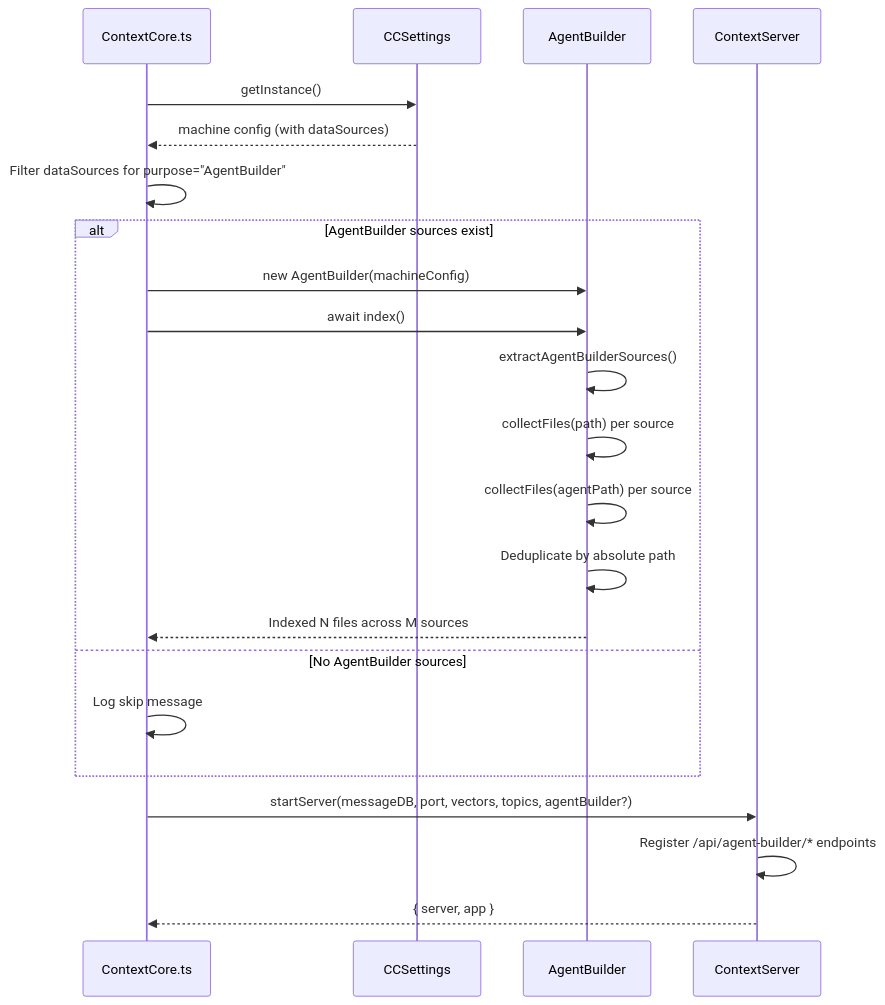
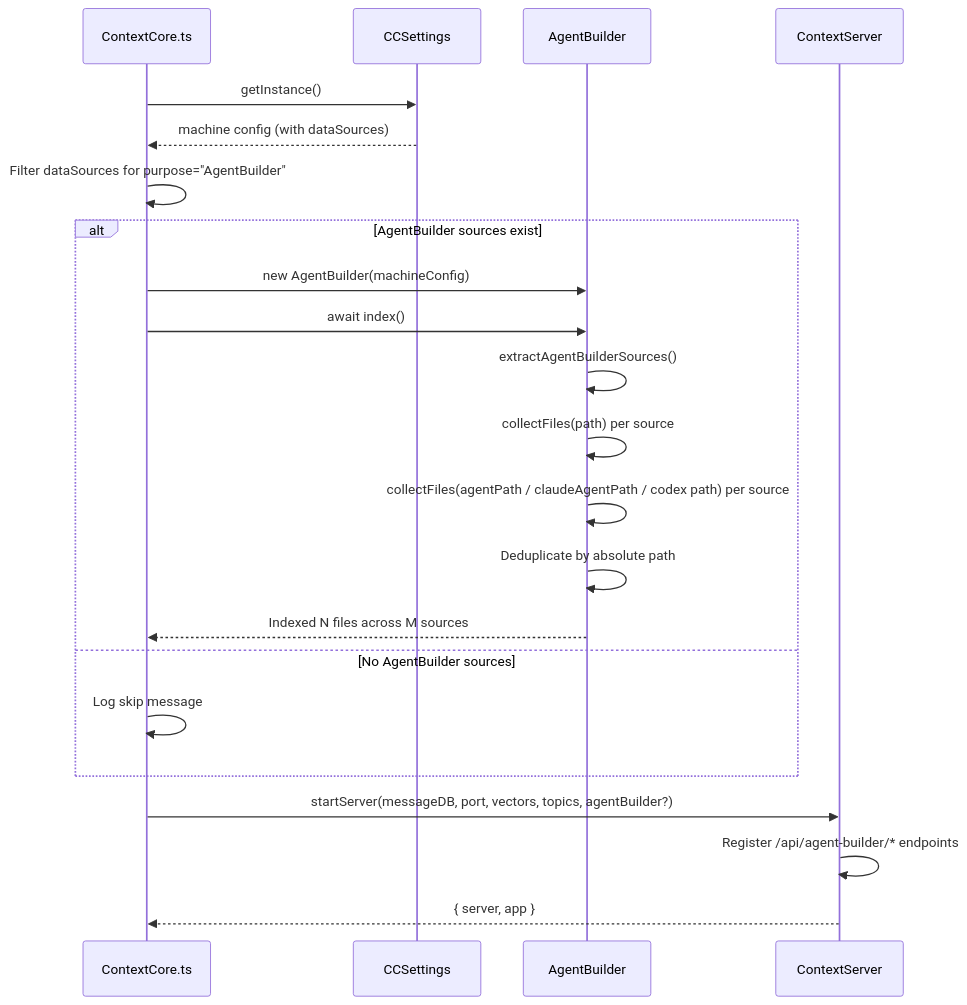
The fifth of 12 diagrams in server/zz-reach2/architecture/agents/archi-agent-builder.md (Kyliathy/context-core), drawn with Mermaid before and after one commit. The commit also changed other lines of this file and 23 other files, not shown here.

First line of the commit message:
feat(agent-builder): add Codex agent support and improve multi-path handling

````diff
--- a/server/zz-reach2/architecture/agents/archi-agent-builder.md
+++ b/server/zz-reach2/architecture/agents/archi-agent-builder.md
@@ -269,27 +303,27 @@
 ```mermaid
 sequenceDiagram
     participant CC as ContextCore.ts
     participant Settings as CCSettings
     participant AB as AgentBuilder
     participant Server as ContextServer
 
     CC->>Settings: getInstance()
     Settings-->>CC: machine config (with dataSources)
     CC->>CC: Filter dataSources for purpose="AgentBuilder"
 
     alt AgentBuilder sources exist
         CC->>AB: new AgentBuilder(machineConfig)
         CC->>AB: await index()
         AB->>AB: extractAgentBuilderSources()
         AB->>AB: collectFiles(path) per source
-        AB->>AB: collectFiles(agentPath) per source
+        AB->>AB: collectFiles(agentPath / claudeAgentPath / codex path) per source
         AB->>AB: Deduplicate by absolute path
         AB-->>CC: Indexed N files across M sources
     else No AgentBuilder sources
         CC->>CC: Log skip message
     end
 
     CC->>Server: startServer(messageDB, port, vectors, topics, agentBuilder?)
     Server->>Server: Register /api/agent-builder/* endpoints
     Server-->>CC: { server, app }
 ```
````
